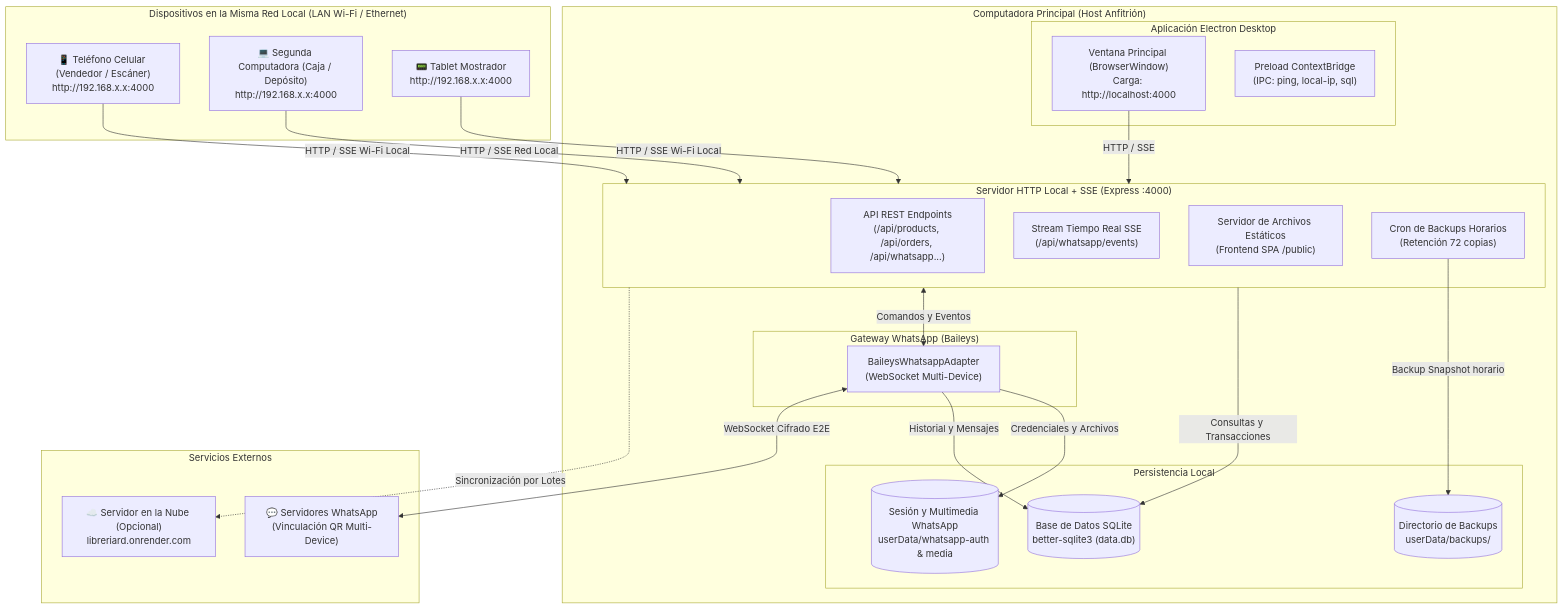
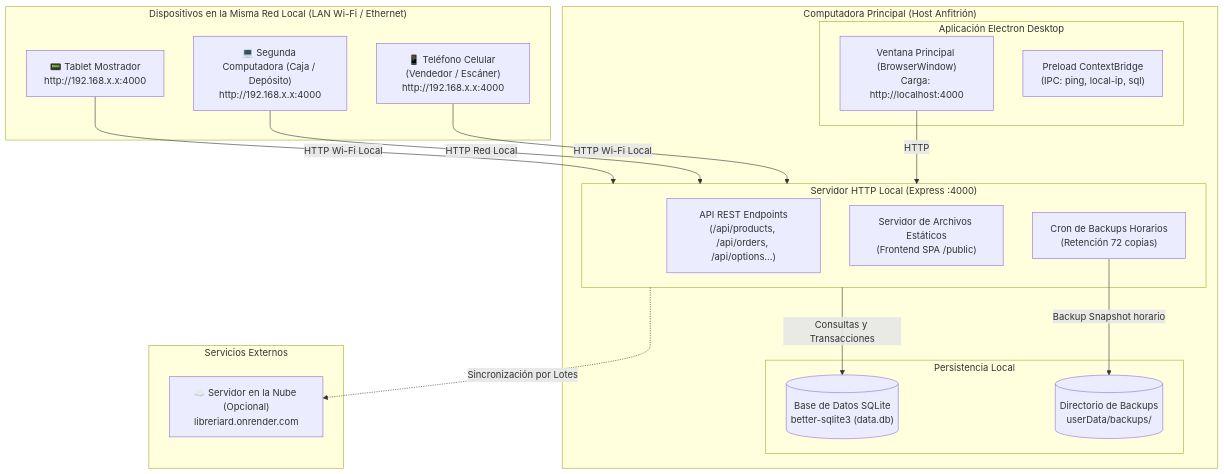
The diagram in README.md (degetmateo/pos-system-desktop), drawn with Mermaid before and after one commit. The commit also changed other lines of this file and 83 other files, not shown here.

````diff
--- a/README.md
+++ b/README.md
@@ -11,51 +11,40 @@
 ```mermaid
 flowchart TD
     subgraph Host["Computadora Principal (Host Anfitrión)"]
         subgraph ElectronApp["Aplicación Electron Desktop"]
             BrowserWin["Ventana Principal (BrowserWindow)\nCarga: http://localhost:4000"]
             Preload["Preload ContextBridge\n(IPC: ping, local-ip, sql)"]
         end
 
-        subgraph ExpressServer["Servidor HTTP Local + SSE (Express :4000)"]
-            Router["API REST Endpoints\n(/api/products, /api/orders, /api/whatsapp...)"]
-            SSE["Stream Tiempo Real SSE\n(/api/whatsapp/events)"]
+        subgraph ExpressServer["Servidor HTTP Local (Express :4000)"]
+            Router["API REST Endpoints\n(/api/products, /api/orders, /api/options...)"]
             StaticServ["Servidor de Archivos Estáticos\n(Frontend SPA /public)"]
             CronJobs["Cron de Backups Horarios\n(Retención 72 copias)"]
         end
 
-        subgraph WaGateway["Gateway WhatsApp (Baileys)"]
-            BaileysSock["BaileysWhatsappAdapter\n(WebSocket Multi-Device)"]
-        end
-
         subgraph Storage["Persistencia Local"]
             SQLite[("Base de Datos SQLite\nbetter-sqlite3 (data.db)")]
-            WaStore[("Sesión y Multimedia WhatsApp\nuserData/whatsapp-auth & media")]
             Backups[("Directorio de Backups\nuserData/backups/")]
         end
 
-        BrowserWin -->|HTTP / SSE| ExpressServer
+        BrowserWin -->|HTTP| ExpressServer
         ExpressServer -->|Consultas y Transacciones| SQLite
-        ExpressServer <-->|Comandos y Eventos| BaileysSock
-        BaileysSock -->|Credenciales y Archivos| WaStore
-        BaileysSock -->|Historial y Mensajes| SQLite
         CronJobs -->|Backup Snapshot horario| Backups
     end
 
     subgraph LAN["Dispositivos en la Misma Red Local (LAN Wi-Fi / Ethernet)"]
         Device1["📱 Teléfono Celular (Vendedor / Escáner)\nhttp://192.168.x.x:4000"]
         Device2["💻 Segunda Computadora (Caja / Depósito)\nhttp://192.168.x.x:4000"]
         Device3["📟 Tablet Mostrador\nhttp://192.168.x.x:4000"]
     end
 
-    Device1 -->|HTTP / SSE Wi-Fi Local| ExpressServer
-    Device2 -->|HTTP / SSE Red Local| ExpressServer
-    Device3 -->|HTTP / SSE Wi-Fi Local| ExpressServer
+    Device1 -->|HTTP Wi-Fi Local| ExpressServer
+    Device2 -->|HTTP Red Local| ExpressServer
+    Device3 -->|HTTP Wi-Fi Local| ExpressServer
 
     subgraph Cloud["Servicios Externos"]
-        WaCloud["💬 Servidores WhatsApp\n(Vinculación QR Multi-Device)"]
         RenderAPI["☁️ Servidor en la Nube (Opcional)\nlibreriard.onrender.com"]
     end
 
-    BaileysSock <-->|WebSocket Cifrado E2E| WaCloud
     ExpressServer -.->|Sincronización por Lotes| RenderAPI
 ```
````
